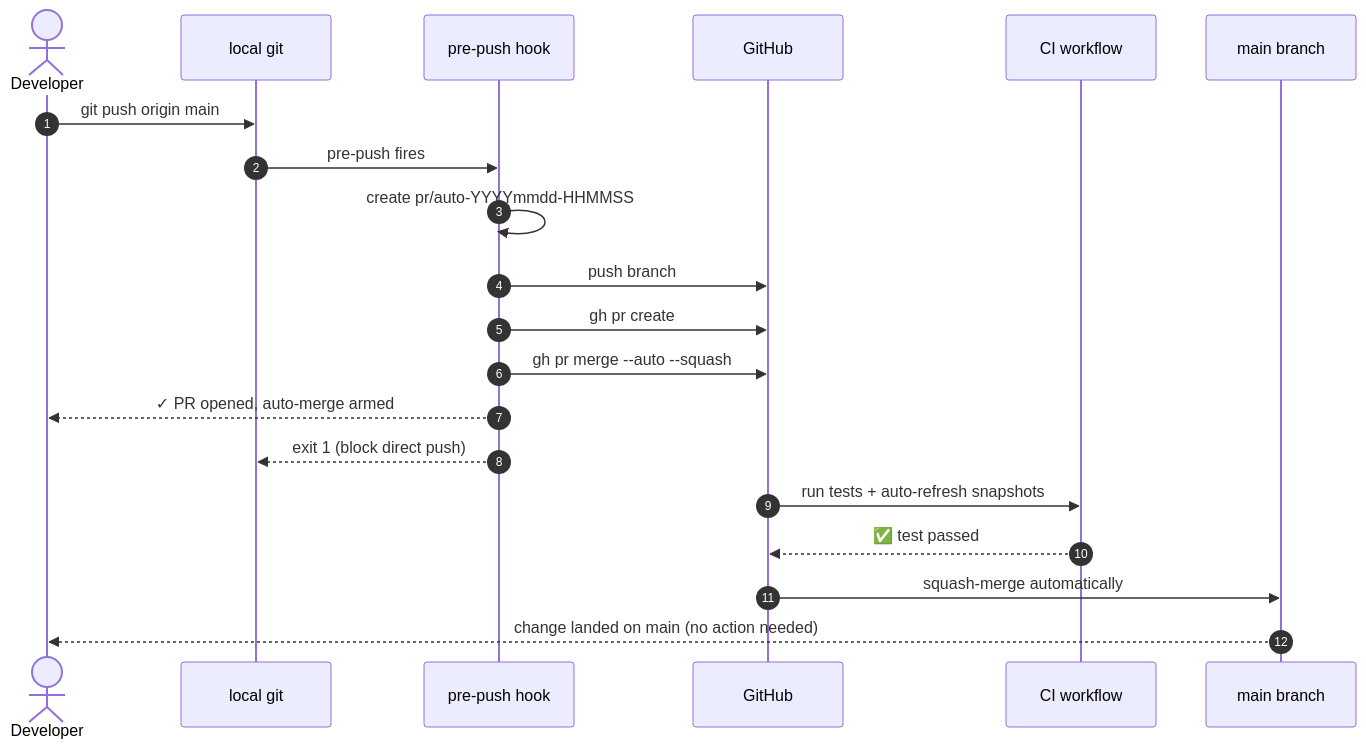
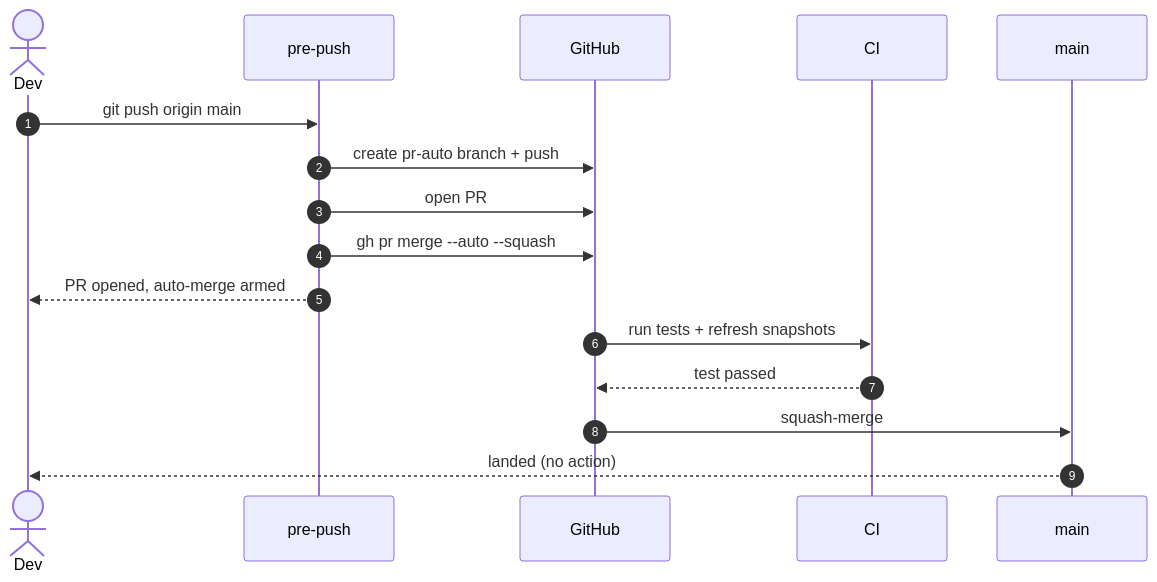
Before and after one commit to yhinai/true: the sixth of 8 diagrams in README.md, drawn with Mermaid. The commit also changed other lines of this file, not shown here.

Commit message:
docs: minimal README with fixed diagrams

````diff
--- a/README.md
+++ b/README.md
@@ -261,23 +246,19 @@
 ```mermaid
 sequenceDiagram
     autonumber
-    actor Dev as Developer
-    participant Git as local git
-    participant Hook as pre-push hook
+    actor Dev
+    participant Hook as pre-push
     participant GH as GitHub
-    participant CI as CI workflow
-    participant Main as main branch
+    participant CI
+    participant Main as main
 
-    Dev->>Git: git push origin main
-    Git->>Hook: pre-push fires
-    Hook->>Hook: create pr/auto-YYYYmmdd-HHMMSS
-    Hook->>GH: push branch
-    Hook->>GH: gh pr create
+    Dev->>Hook: git push origin main
+    Hook->>GH: create pr-auto branch + push
+    Hook->>GH: open PR
     Hook->>GH: gh pr merge --auto --squash
-    Hook-->>Dev: ✓ PR opened, auto-merge armed
-    Hook-->>Git: exit 1 (block direct push)
-    GH->>CI: run tests + auto-refresh snapshots
-    CI-->>GH: ✅ test passed
-    GH->>Main: squash-merge automatically
-    Main-->>Dev: change landed on main (no action needed)
+    Hook-->>Dev: PR opened, auto-merge armed
+    GH->>CI: run tests + refresh snapshots
+    CI-->>GH: test passed
+    GH->>Main: squash-merge
+    Main-->>Dev: landed (no action)
 ```
````
